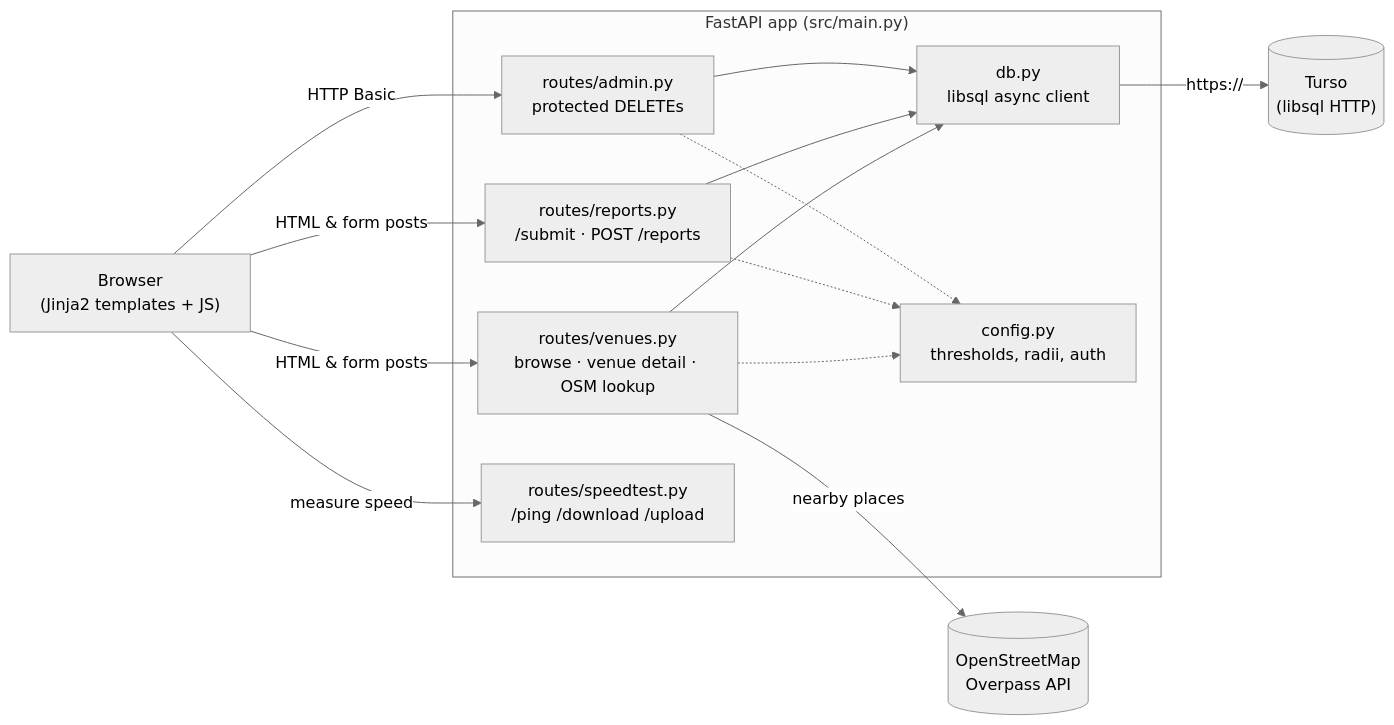
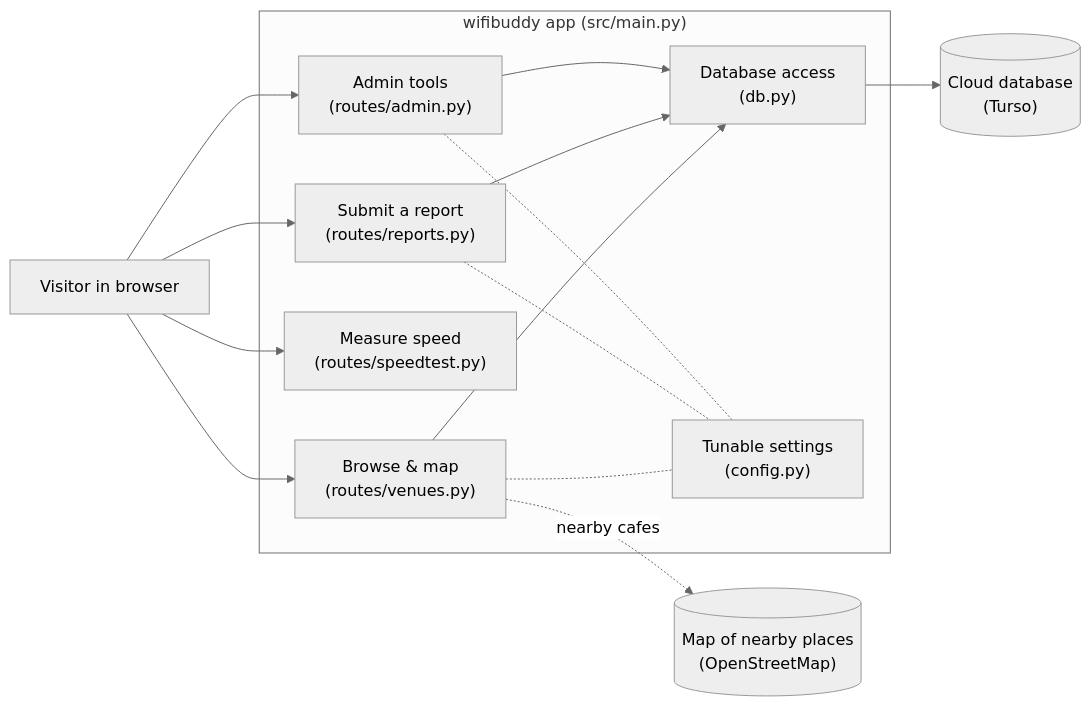
One commit to biplabendu/wifibuddy changed the first of 3 diagrams in README.md. Above: the diagram before and after it, drawn with Mermaid (neutral theme). The commit also changed other lines of this file, not shown here.

````diff
--- a/README.md
+++ b/README.md
@@ -44,27 +44,27 @@
 ```mermaid
 flowchart LR
-    Browser["Browser<br/>(Jinja2 templates + JS)"]
-    subgraph App["FastAPI app (src/main.py)"]
-        Venues["routes/venues.py<br/>browse · venue detail · OSM lookup"]
-        Reports["routes/reports.py<br/>/submit · POST /reports"]
-        Admin["routes/admin.py<br/>protected DELETEs"]
-        Speedtest["routes/speedtest.py<br/>/ping /download /upload"]
-        DB["db.py<br/>libsql async client"]
-        Config["config.py<br/>thresholds, radii, auth"]
+    Browser["Visitor in browser"]
+    subgraph App["wifibuddy app (src/main.py)"]
+        Browse["Browse & map<br/>(routes/venues.py)"]
+        Submit["Submit a report<br/>(routes/reports.py)"]
+        Speed["Measure speed<br/>(routes/speedtest.py)"]
+        Admin["Admin tools<br/>(routes/admin.py)"]
+        Data["Database access<br/>(db.py)"]
+        Settings["Tunable settings<br/>(config.py)"]
     end
-    Turso[("Turso<br/>(libsql HTTP)")]
-    OSM[("OpenStreetMap<br/>Overpass API")]
+    Turso[("Cloud database<br/>(Turso)")]
+    OSM[("Map of nearby places<br/>(OpenStreetMap)")]
 
-    Browser -->|HTML & form posts| Venues
-    Browser -->|HTML & form posts| Reports
-    Browser -->|HTTP Basic| Admin
-    Browser -->|measure speed| Speedtest
-    Venues --> DB
-    Reports --> DB
-    Admin --> DB
-    Venues -->|nearby places| OSM
-    DB -->|https://| Turso
-    Venues -.-> Config
-    Reports -.-> Config
-    Admin -.-> Config
+    Browser --> Browse
+    Browser --> Submit
+    Browser --> Speed
+    Browser --> Admin
+    Browse --> Data
+    Submit --> Data
+    Admin --> Data
+    Browse -. nearby cafes .-> OSM
+    Data --> Turso
+    Browse -.- Settings
+    Submit -.- Settings
+    Admin -.- Settings
 ```
````
